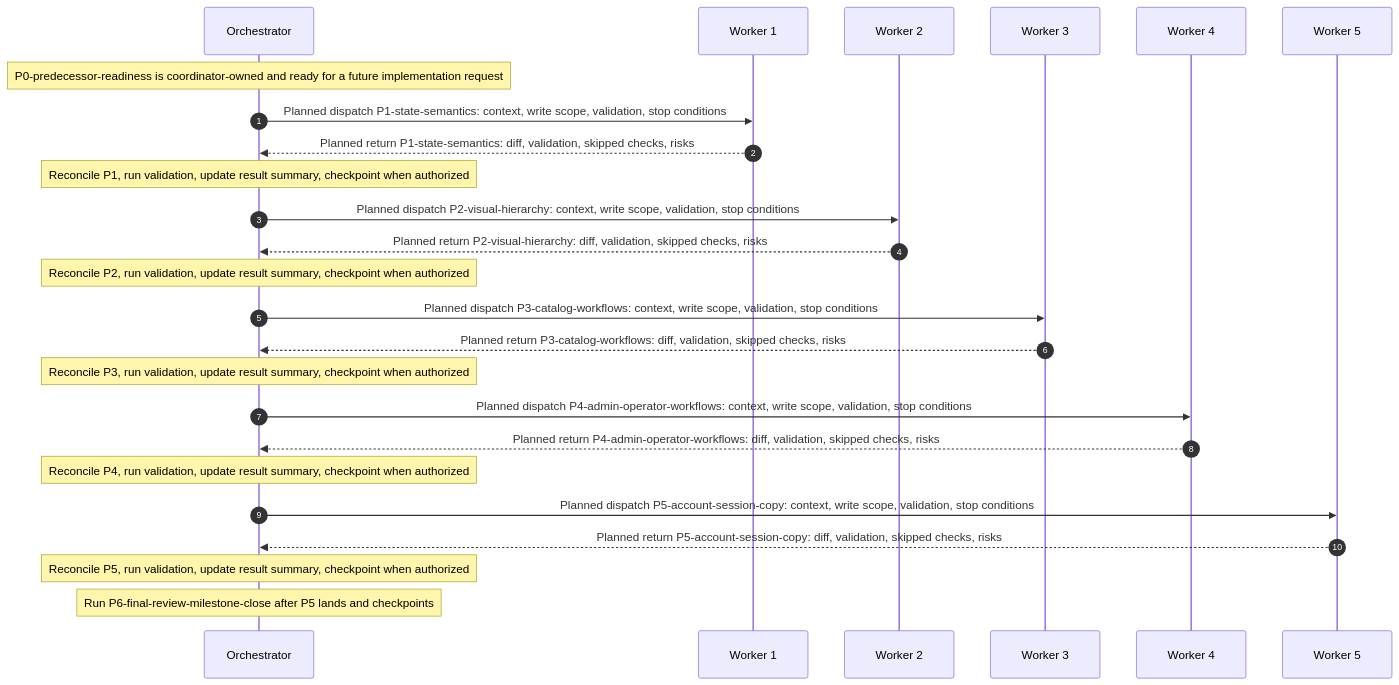
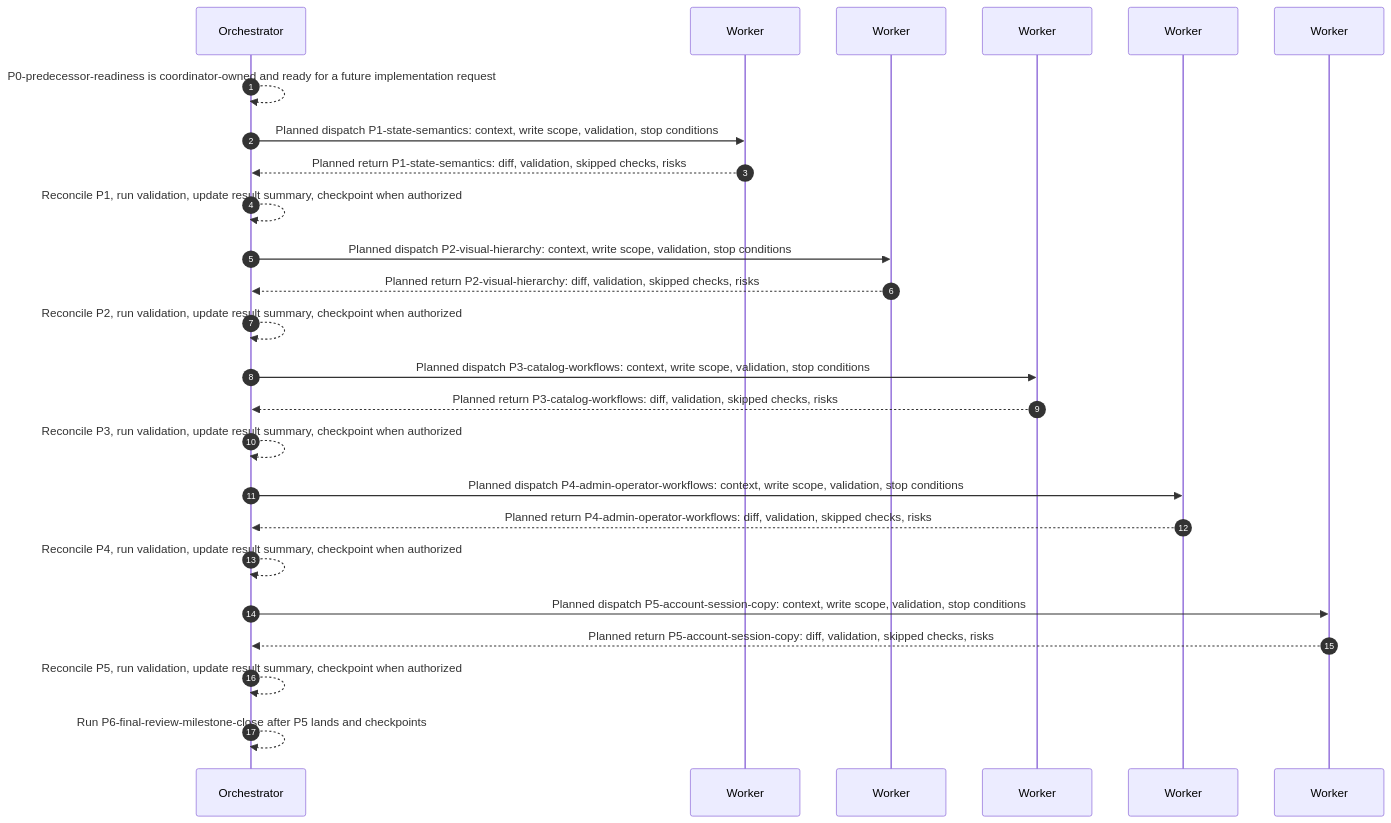
Before and after one commit to kamkie/technical-interview-frontend: the diagram in .agents/plans/PLAN_workflow_polish.md, drawn with Mermaid. The commit also changed 4 other files, not shown here.

First line of the commit message:
docs(plans): replace `Note over` syntax in execution graphs with orchestrator self-messages

````diff
--- a/.agents/plans/PLAN_workflow_polish.md
+++ b/.agents/plans/PLAN_workflow_polish.md
@@ -639,34 +639,34 @@
 ```mermaid
 sequenceDiagram
     autonumber
     participant O as Orchestrator
-    participant W1 as Worker 1
-    participant W2 as Worker 2
-    participant W3 as Worker 3
-    participant W4 as Worker 4
-    participant W5 as Worker 5
+    participant W1 as Worker
+    participant W2 as Worker
+    participant W3 as Worker
+    participant W4 as Worker
+    participant W5 as Worker
 
-    Note over O: P0-predecessor-readiness is coordinator-owned and ready for a future implementation request
+    O-->>O: P0-predecessor-readiness is coordinator-owned and ready for a future implementation request
 
     O->>W1: Planned dispatch P1-state-semantics: context, write scope, validation, stop conditions
     W1-->>O: Planned return P1-state-semantics: diff, validation, skipped checks, risks
-    Note over O: Reconcile P1, run validation, update result summary, checkpoint when authorized
+    O-->>O: Reconcile P1, run validation, update result summary, checkpoint when authorized
 
     O->>W2: Planned dispatch P2-visual-hierarchy: context, write scope, validation, stop conditions
     W2-->>O: Planned return P2-visual-hierarchy: diff, validation, skipped checks, risks
-    Note over O: Reconcile P2, run validation, update result summary, checkpoint when authorized
+    O-->>O: Reconcile P2, run validation, update result summary, checkpoint when authorized
 
     O->>W3: Planned dispatch P3-catalog-workflows: context, write scope, validation, stop conditions
     W3-->>O: Planned return P3-catalog-workflows: diff, validation, skipped checks, risks
-    Note over O: Reconcile P3, run validation, update result summary, checkpoint when authorized
+    O-->>O: Reconcile P3, run validation, update result summary, checkpoint when authorized
 
     O->>W4: Planned dispatch P4-admin-operator-workflows: context, write scope, validation, stop conditions
     W4-->>O: Planned return P4-admin-operator-workflows: diff, validation, skipped checks, risks
-    Note over O: Reconcile P4, run validation, update result summary, checkpoint when authorized
+    O-->>O: Reconcile P4, run validation, update result summary, checkpoint when authorized
 
     O->>W5: Planned dispatch P5-account-session-copy: context, write scope, validation, stop conditions
     W5-->>O: Planned return P5-account-session-copy: diff, validation, skipped checks, risks
-    Note over O: Reconcile P5, run validation, update result summary, checkpoint when authorized
+    O-->>O: Reconcile P5, run validation, update result summary, checkpoint when authorized
 
-    Note over O: Run P6-final-review-milestone-close after P5 lands and checkpoints
+    O-->>O: Run P6-final-review-milestone-close after P5 lands and checkpoints
 ```
````
